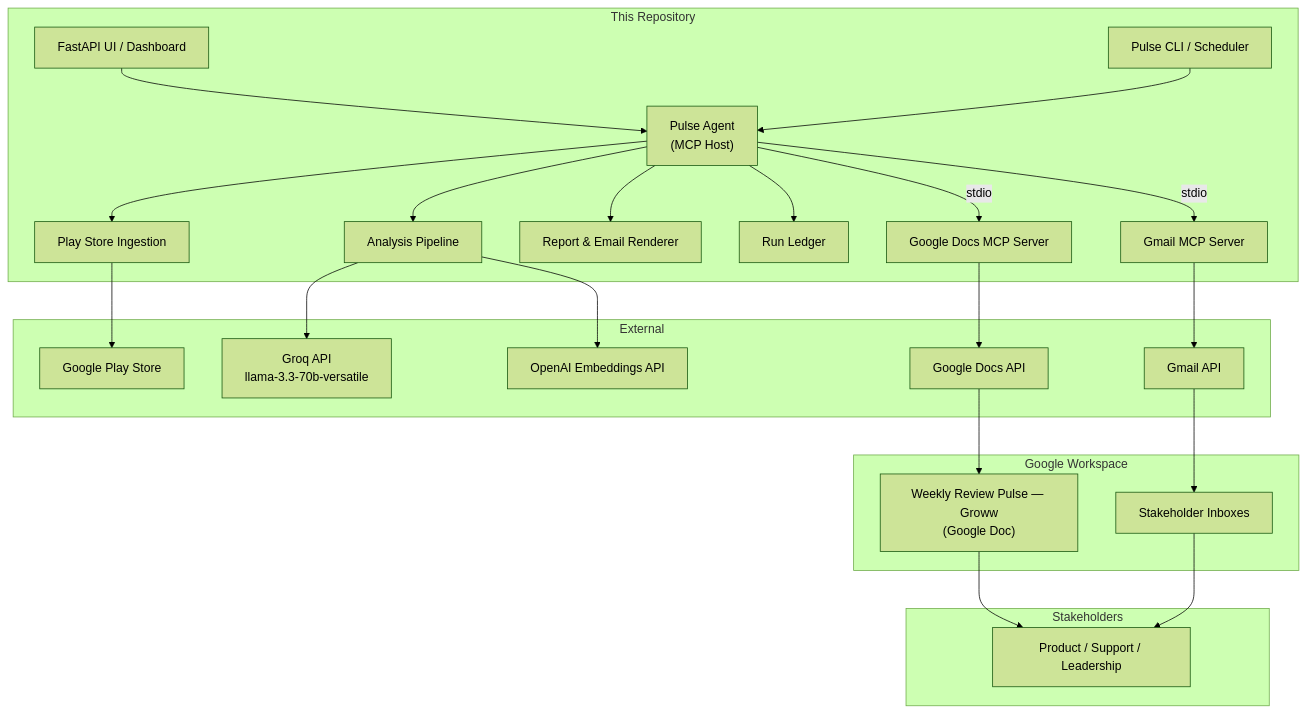
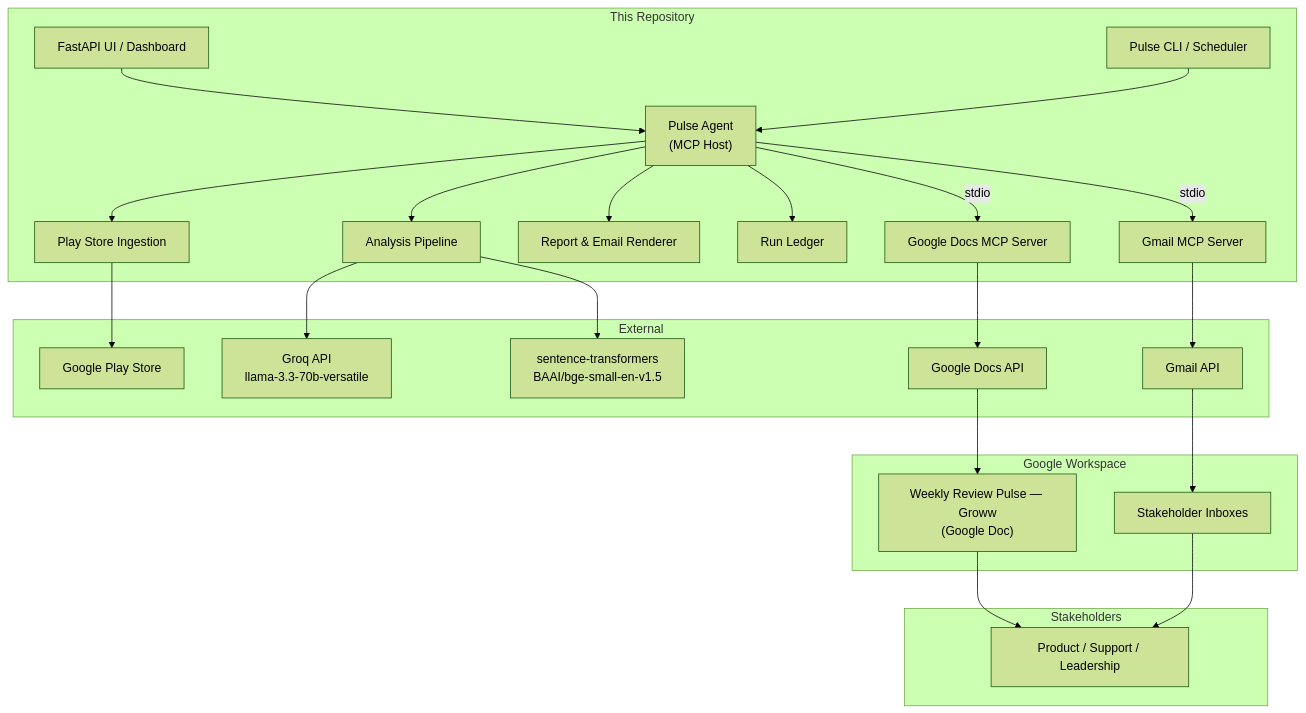
One commit to Shekhu07/Weekly_Pulse changed the first of 5 diagrams in docs/architecture.md. Above: the diagram before and after it, drawn with Mermaid (forest theme). The commit also changed other lines of this file and 1 other file, not shown here.

Commit message:
Update docs: remove stale OpenAI refs, clarify Hugging Face Docker deployment, and document dynamic ingestion

````diff
--- a/docs/architecture.md
+++ b/docs/architecture.md
@@ -25,51 +25,51 @@
 ```mermaid
 graph TB
     subgraph Stakeholders
         S1["Product / Support / Leadership"]
     end
 
     subgraph "This Repository"
         UI["FastAPI UI / Dashboard"]
         CLI["Pulse CLI / Scheduler"]
         Agent["Pulse Agent<br/>(MCP Host)"]
         Ingest["Play Store Ingestion"]
         Pipeline["Analysis Pipeline"]
         Renderer["Report & Email Renderer"]
         Ledger["Run Ledger"]
         DocsMCP["Google Docs MCP Server"]
         GmailMCP["Gmail MCP Server"]
     end
 
     subgraph External
         PlayStore["Google Play Store"]
         Groq["Groq API<br/>llama-3.3-70b-versatile"]
-        OpenAI["OpenAI Embeddings API"]
+        SentenceTransformers["sentence-transformers<br/>BAAI/bge-small-en-v1.5"]
         DocsAPI["Google Docs API"]
         GmailAPI["Gmail API"]
     end
 
     subgraph "Google Workspace"
         Doc["Weekly Review Pulse — Groww<br/>(Google Doc)"]
         Inbox["Stakeholder Inboxes"]
     end
 
     UI --> Agent
     CLI --> Agent
     Agent --> Ingest
     Agent --> Pipeline
     Agent --> Renderer
     Agent --> Ledger
 
     Ingest --> PlayStore
     Pipeline --> Groq
-    Pipeline --> OpenAI
+    Pipeline --> SentenceTransformers
 
     Agent -- "stdio" --> DocsMCP
     Agent -- "stdio" --> GmailMCP
 
     DocsMCP --> DocsAPI --> Doc
     GmailMCP --> GmailAPI --> Inbox
 
     Doc --> S1
     Inbox --> S1
 ```
````
